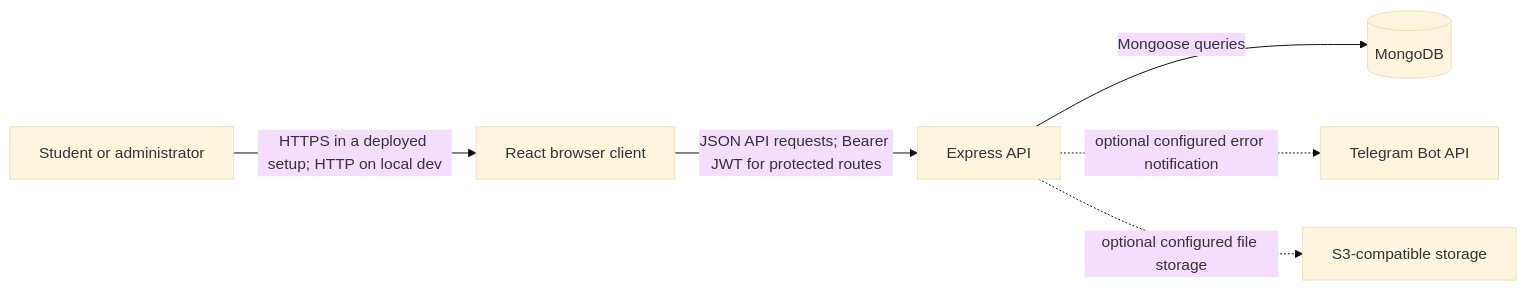
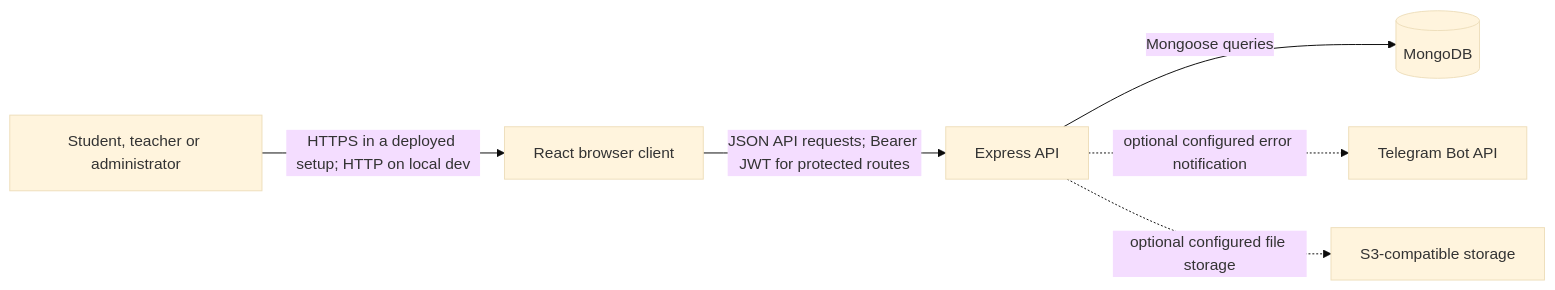
One commit to Oralbaev/secure-university-portal changed the diagram in docs/ARCHITECTURE_AND_THREAT_MODEL.md. Above: the diagram before and after it, drawn with Mermaid (base theme). The commit also changed other lines of this file and 32 other files, not shown here.

````diff
--- a/docs/ARCHITECTURE_AND_THREAT_MODEL.md
+++ b/docs/ARCHITECTURE_AND_THREAT_MODEL.md
@@ -32,8 +32,8 @@
 ```mermaid
 flowchart LR
-    U[Student or administrator] -->|HTTPS in a deployed setup; HTTP on local dev| B[React browser client]
+    U[Student, teacher or administrator] -->|HTTPS in a deployed setup; HTTP on local dev| B[React browser client]
     B -->|JSON API requests; Bearer JWT for protected routes| A[Express API]
     A -->|Mongoose queries| DB[(MongoDB)]
     A -. optional configured error notification .-> TG[Telegram Bot API]
     A -. optional configured file storage .-> S3[S3-compatible storage]
 ```
````
